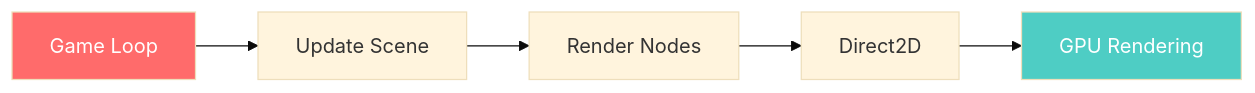
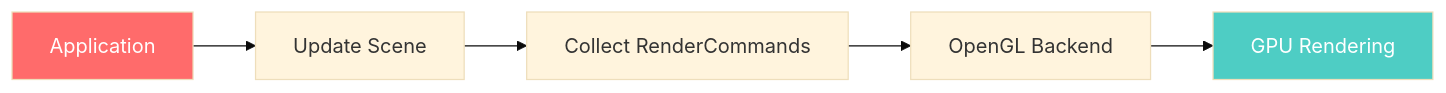
One commit to ChestnutYueyue/Easy2D changed the third of 3 diagrams in README.md. Above: the diagram before and after it, drawn with Mermaid (base theme). The commit also changed other lines of this file and 1 other file, not shown here.

````diff
--- a/README.md
+++ b/README.md
@@ -172,10 +166,10 @@
 ```mermaid
 flowchart LR
-    A[Game Loop] --> B[Update Scene]
-    B --> C[Render Nodes]
-    C --> D[Direct2D]
+    A[Application] --> B[Update Scene]
+    B --> C[Collect RenderCommands]
+    C --> D[OpenGL Backend]
     D --> E[GPU Rendering]
     
     style A fill:#ff6b6b,color:#fff
     style E fill:#4ecdc4,color:#fff
 ```
````
